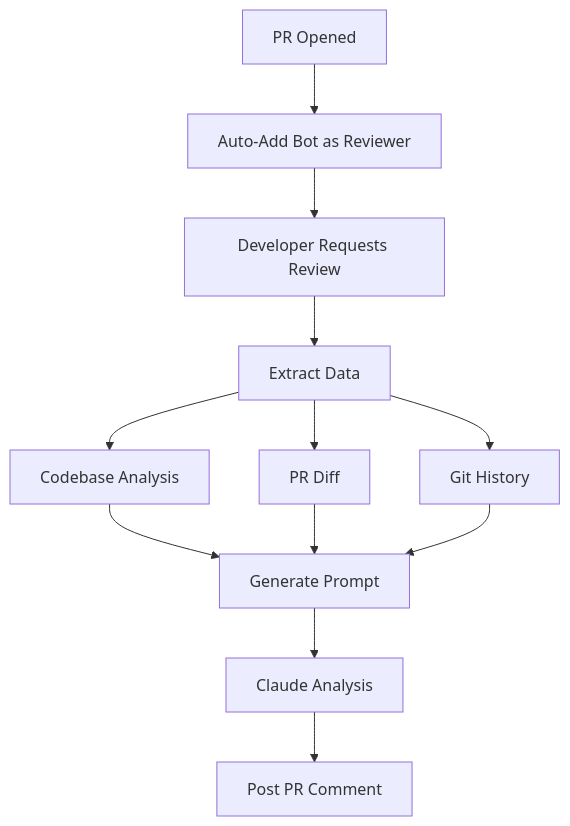
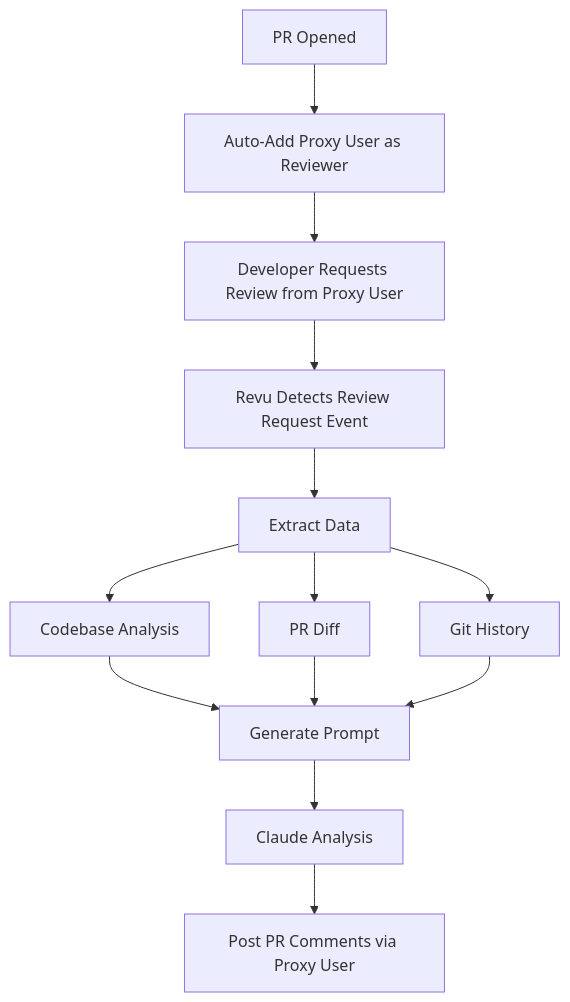
One commit to SocialGouv/revu changed the diagram in README.md. Above: the diagram before and after it, drawn with Mermaid. The commit also changed other lines of this file and 1 other file, not shown here.

````diff
--- a/README.md
+++ b/README.md
@@ -19,14 +19,15 @@
 ```mermaid
 graph TD
-    A[PR Opened] --> B[Auto-Add Bot as Reviewer]
-    B --> C[Developer Requests Review]
-    C --> D[Extract Data]
-    D --> E[Codebase Analysis]
-    D --> F[PR Diff]
-    D --> G[Git History]
-    E --> H[Generate Prompt]
-    F --> H
-    G --> H
-    H --> I[Claude Analysis]
-    I --> J[Post PR Comment]
+    A[PR Opened] --> B[Auto-Add Proxy User as Reviewer]
+    B --> C[Developer Requests Review from Proxy User]
+    C --> D[Revu Detects Review Request Event]
+    D --> E[Extract Data]
+    E --> F[Codebase Analysis]
+    E --> G[PR Diff]
+    E --> H[Git History]
+    F --> I[Generate Prompt]
+    G --> I
+    H --> I
+    I --> J[Claude Analysis]
+    J --> K[Post PR Comments via Proxy User]
 ```
````
